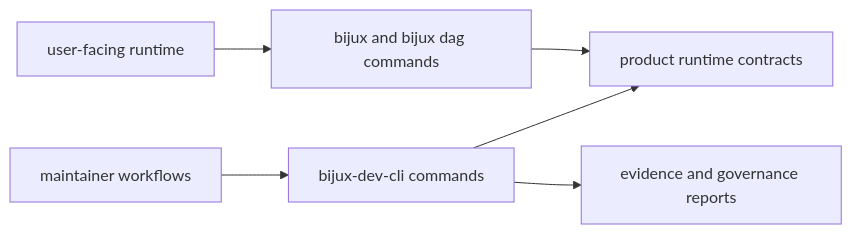
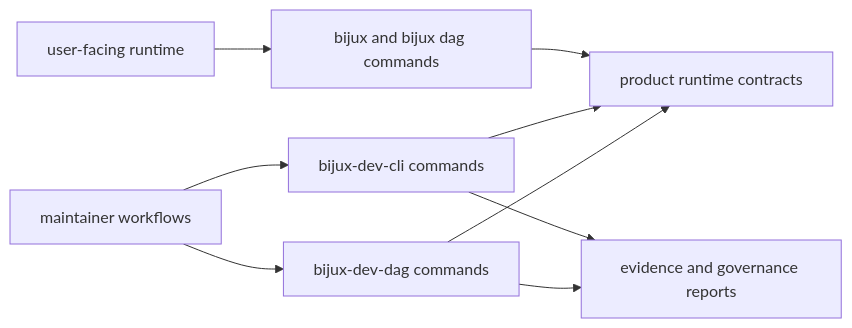
Before and after one commit to bijux/bijux-cli: the diagram in docs/bijux-core/architecture/maintainer-control-plane.md, drawn with Mermaid. The commit also changed 1 other file, not shown here.

Commit message:
docs(maintainer): document dual control-plane binaries for cli and dag

````diff
--- a/docs/bijux-core/architecture/maintainer-control-plane.md
+++ b/docs/bijux-core/architecture/maintainer-control-plane.md
@@ -17,8 +17,11 @@
 ```mermaid
 flowchart LR
     user[user-facing runtime] --> cli[bijux and bijux dag commands]
-    maintainer[maintainer workflows] --> dev[bijux-dev-cli commands]
-    dev --> reports[evidence and governance reports]
+    maintainer[maintainer workflows] --> dev_cli[bijux-dev-cli commands]
+    maintainer --> dev_dag[bijux-dev-dag commands]
+    dev_cli --> reports[evidence and governance reports]
+    dev_dag --> reports
     cli --> runtime[product runtime contracts]
-    dev --> runtime
+    dev_cli --> runtime
+    dev_dag --> runtime
 ```
````
